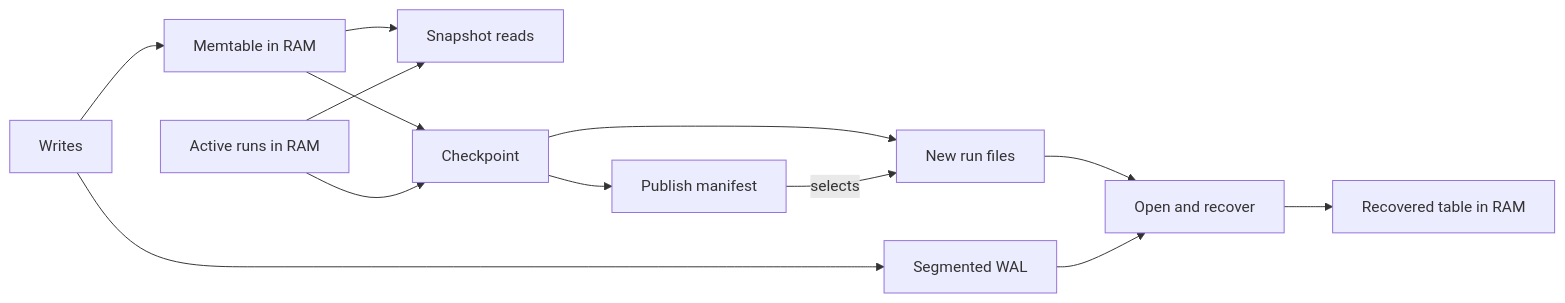
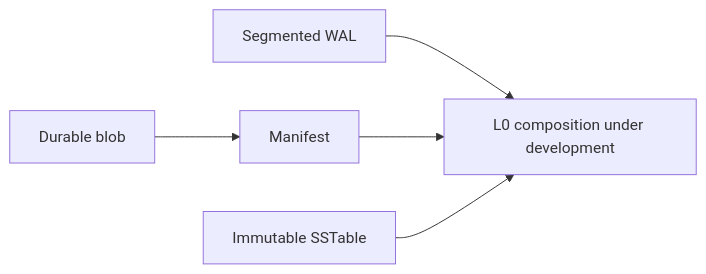
One commit to alvoki/alvoki-lean changed the diagram in README.md. Above: the diagram before and after it, drawn with Mermaid. The commit also changed other lines of this file and 1261 other files, not shown here.

````diff
--- a/README.md
+++ b/README.md
@@ -9,15 +5,11 @@
 ```mermaid
 flowchart LR
-    W[Writes] --> WAL[Segmented WAL]
-    W --> M[Memtable in RAM]
-    M --> Q[Snapshot reads]
-    R[Active runs in RAM] --> Q
-    M --> C[Checkpoint]
-    R --> C
-    C --> F[New run files]
-    C --> P[Publish manifest]
-    P -->|selects| F
-    F --> O[Open and recover]
-    WAL --> O
-    O --> T[Recovered table in RAM]
+    WAL[Segmented WAL]
+    B[Durable blob]
+    M[Manifest]
+    S[Immutable SSTable]
+    L0[L0 composition under development]
+    WAL --> L0
+    B --> M --> L0
+    S --> L0
 ```
````
